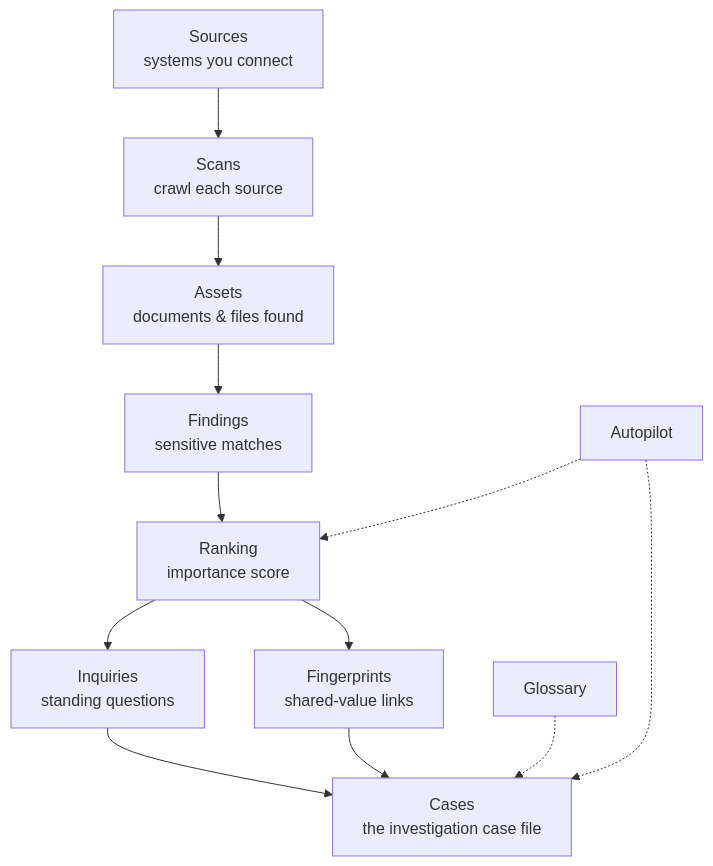
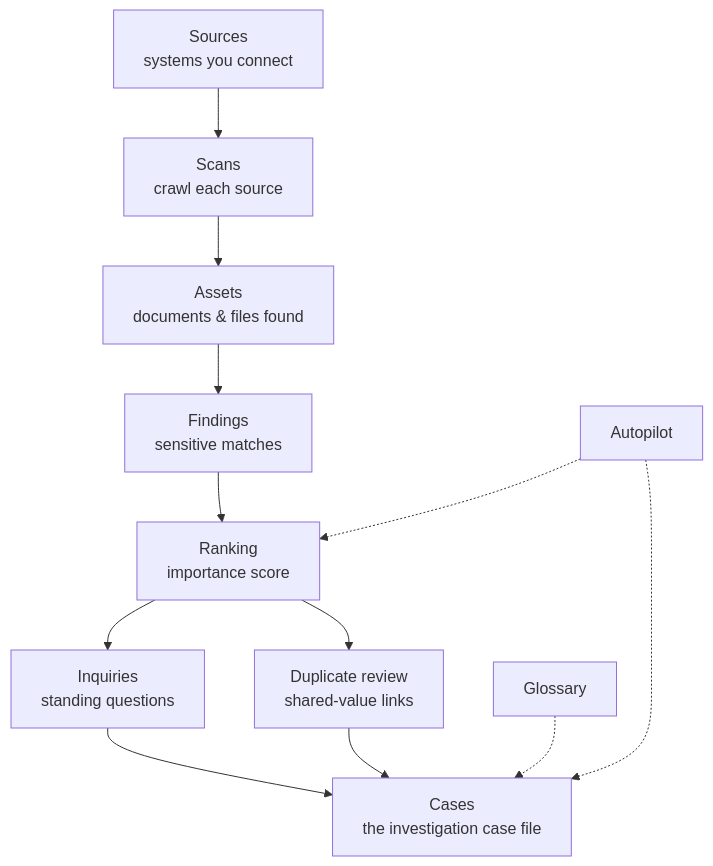
The diagram in apps/docs/app/how-it-works/page.mdx (classifyre/classifyre), drawn with Mermaid before and after one commit. The commit also changed other lines of this file and 47 other files, not shown here.

First line of the commit message:
feat(duplicates): fix review-queue gaps, document it, retire fingerprints

````diff
--- a/apps/docs/app/how-it-works/page.mdx
+++ b/apps/docs/app/how-it-works/page.mdx
@@ -25,14 +25,14 @@
 ```mermaid
 graph TD
     Sources["Sources<br/>systems you connect"] --> Scans["Scans<br/>crawl each source"]
     Scans --> Assets["Assets<br/>documents & files found"]
     Assets --> Findings["Findings<br/>sensitive matches"]
     Findings --> Ranking["Ranking<br/>importance score"]
     Ranking --> Inquiries["Inquiries<br/>standing questions"]
-    Ranking --> Fingerprints["Fingerprints<br/>shared-value links"]
+    Ranking --> Duplicates["Duplicate review<br/>shared-value links"]
     Inquiries --> Cases["Cases<br/>the investigation case file"]
-    Fingerprints --> Cases
+    Duplicates --> Cases
     Glossary["Glossary"] -.-> Cases
     Autopilot["Autopilot"] -.-> Ranking
     Autopilot -.-> Cases
 ```
````
